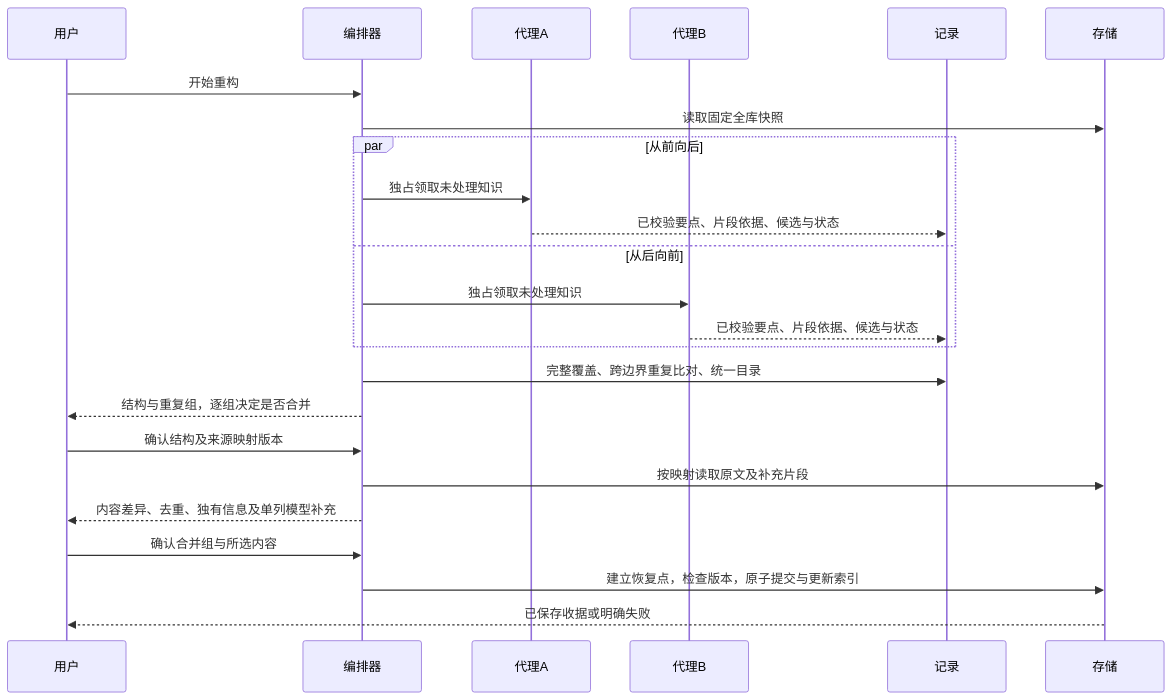
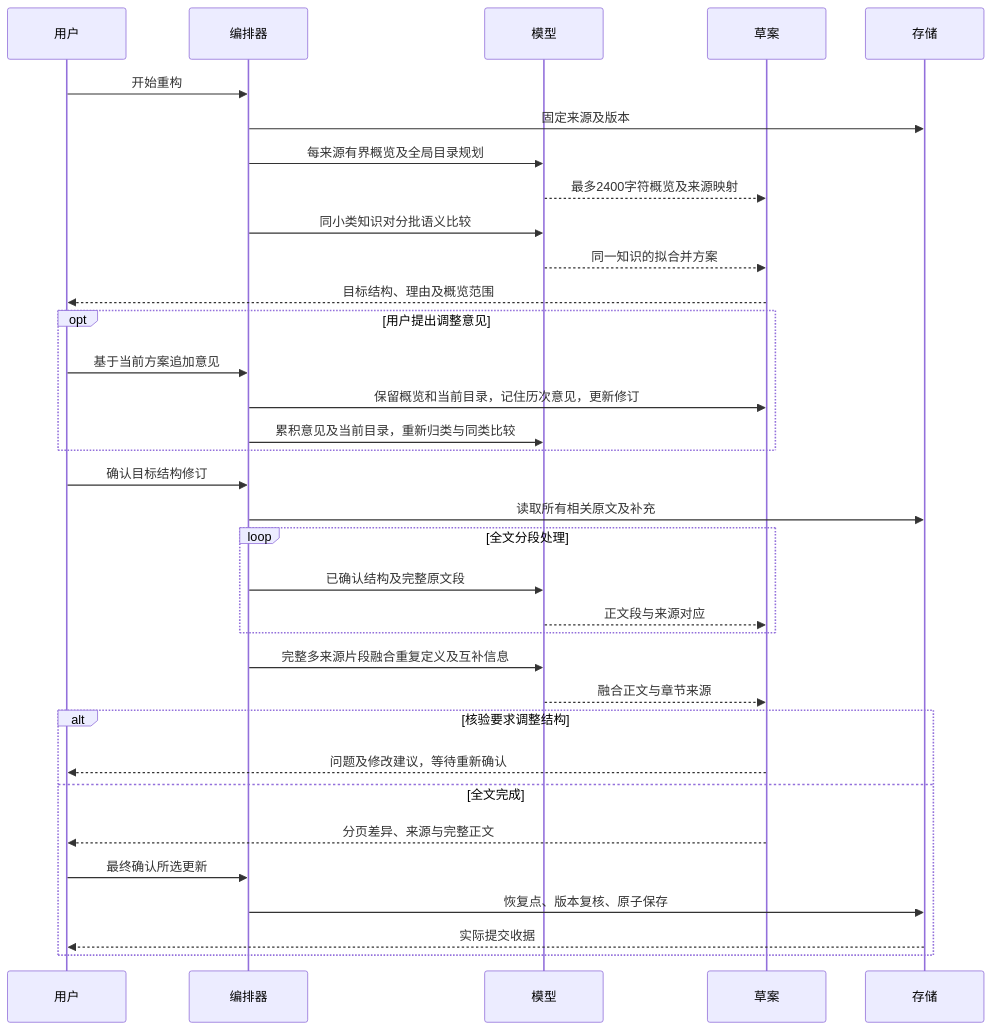
The fifth of 7 diagrams in docs/确认页/个人知识库/产品方案.md (20050404yxc-collab/KnowledgeBase), drawn with Mermaid before and after one commit. The commit also changed other lines of this file and 54 other files, not shown here.

````diff
--- a/docs/确认页/个人知识库/产品方案.md
+++ b/docs/确认页/个人知识库/产品方案.md
@@ -555,26 +563,36 @@
 ```mermaid
 sequenceDiagram
     participant 用户
     participant 编排器
-    participant 代理A
-    participant 代理B
-    participant 记录
+    participant 模型
+    participant 草案
     participant 存储
     用户->>编排器: 开始重构
-    编排器->>存储: 读取固定全库快照
-    par 从前向后
-        编排器->>代理A: 独占领取未处理知识
-        代理A-->>记录: 已校验要点、片段依据、候选与状态
-    and 从后向前
-        编排器->>代理B: 独占领取未处理知识
-        代理B-->>记录: 已校验要点、片段依据、候选与状态
+    编排器->>存储: 固定来源及版本
+    编排器->>模型: 每来源有界概览及全局目录规划
+    模型-->>草案: 最多2400字符概览及来源映射
+    编排器->>模型: 同小类知识对分批语义比较
+    模型-->>草案: 同一知识的拟合并方案
+    草案-->>用户: 目标结构、理由及概览范围
+    opt 用户提出调整意见
+        用户->>编排器: 基于当前方案追加意见
+        编排器->>草案: 保留概览和当前目录，记住历次意见，更新修订
+        编排器->>模型: 累积意见及当前目录，重新归类与同类比较
     end
-    编排器->>记录: 完整覆盖、跨边界重复比对、统一目录
-    编排器-->>用户: 结构与重复组，逐组决定是否合并
-    用户->>编排器: 确认结构及来源映射版本
-    编排器->>存储: 按映射读取原文及补充片段
-    编排器-->>用户: 内容差异、去重、独有信息及单列模型补充
-    用户->>编排器: 确认合并组与所选内容
-    编排器->>存储: 建立恢复点，检查版本，原子提交与更新索引
-    存储-->>用户: 已保存收据或明确失败
+    用户->>编排器: 确认目标结构修订
+    编排器->>存储: 读取所有相关原文及补充
+    loop 全文分段处理
+        编排器->>模型: 已确认结构及完整原文段
+        模型-->>草案: 正文段与来源对应
+    end
+    编排器->>模型: 完整多来源片段融合重复定义及互补信息
+    模型-->>草案: 融合正文与章节来源
+    alt 核验要求调整结构
+        草案-->>用户: 问题及修改建议，等待重新确认
+    else 全文完成
+        草案-->>用户: 分页差异、来源与完整正文
+        用户->>编排器: 最终确认所选更新
+        编排器->>存储: 恢复点、版本复核、原子保存
+        存储-->>用户: 实际提交收据
+    end
 ```
````
